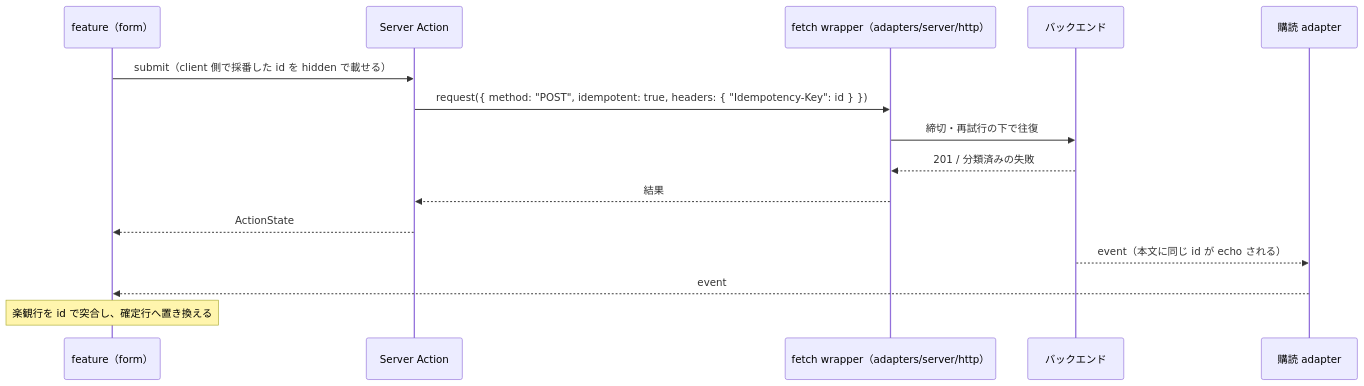
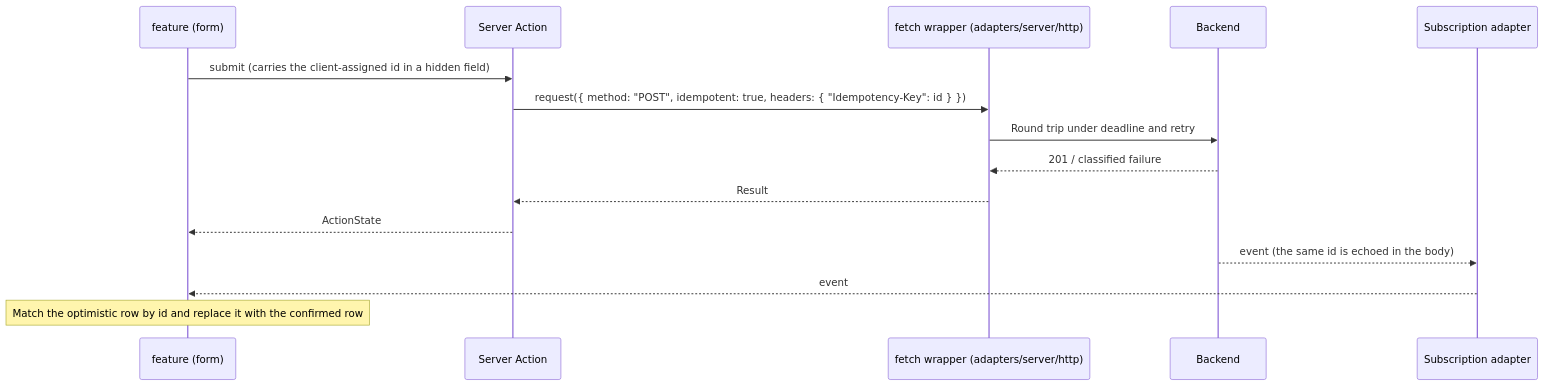
The second of 3 diagrams in docs/design/realtime-delivery.md (Tomy-ch/nextjs-boilerplate), drawn with Mermaid before and after one commit. The commit also changed other lines of this file and 189 other files, not shown here.

````diff
--- a/docs/design/realtime-delivery.md
+++ b/docs/design/realtime-delivery.md
@@ -71,17 +71,17 @@
 ```mermaid
 sequenceDiagram
-  participant F as feature（form）
+  participant F as feature (form)
   participant X as Server Action
-  participant W as fetch wrapper（adapters/server/http）
-  participant B as バックエンド
-  participant A as 購読 adapter
-  F->>X: submit（client 側で採番した id を hidden で載せる）
+  participant W as fetch wrapper (adapters/server/http)
+  participant B as Backend
+  participant A as Subscription adapter
+  F->>X: submit (carries the client-assigned id in a hidden field)
   X->>W: request({ method: "POST", idempotent: true, headers: { "Idempotency-Key": id } })
-  W->>B: 締切・再試行の下で往復
-  B-->>W: 201 / 分類済みの失敗
-  W-->>X: 結果
+  W->>B: Round trip under deadline and retry
+  B-->>W: 201 / classified failure
+  W-->>X: Result
   X-->>F: ActionState
-  B-->>A: event（本文に同じ id が echo される）
+  B-->>A: event (the same id is echoed in the body)
   A-->>F: event
-  Note over F: 楽観行を id で突合し、確定行へ置き換える
+  Note over F: Match the optimistic row by id and replace it with the confirmed row
 ```
````
